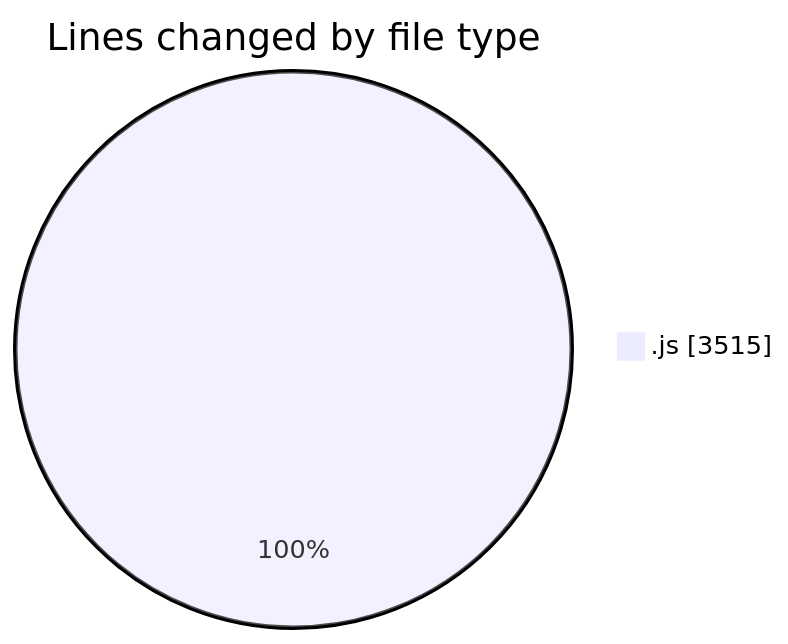
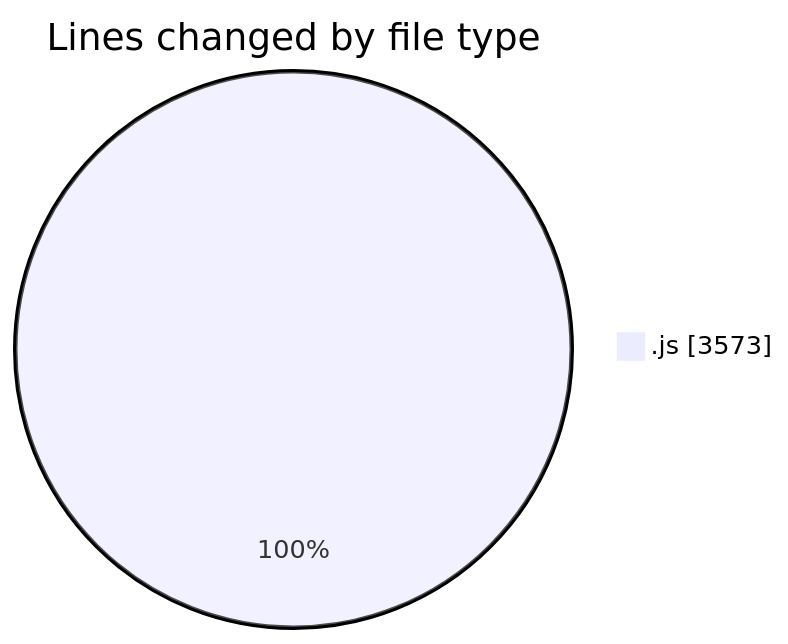
Before and after one commit to nxtqubesakshisongat/code-tracking: the first of 2 diagrams in 2025-09-02/nxtqube_webapp/README.md, drawn with Mermaid. The commit also changed other lines of this file and 1 other file, not shown here.

````diff
--- a/2025-09-02/nxtqube_webapp/README.md
+++ b/2025-09-02/nxtqube_webapp/README.md
@@ -20,5 +20,5 @@
 ```mermaid
 pie showData
 title Lines changed by file type
-".js" : 3515
+".js" : 3573
 ```
````
